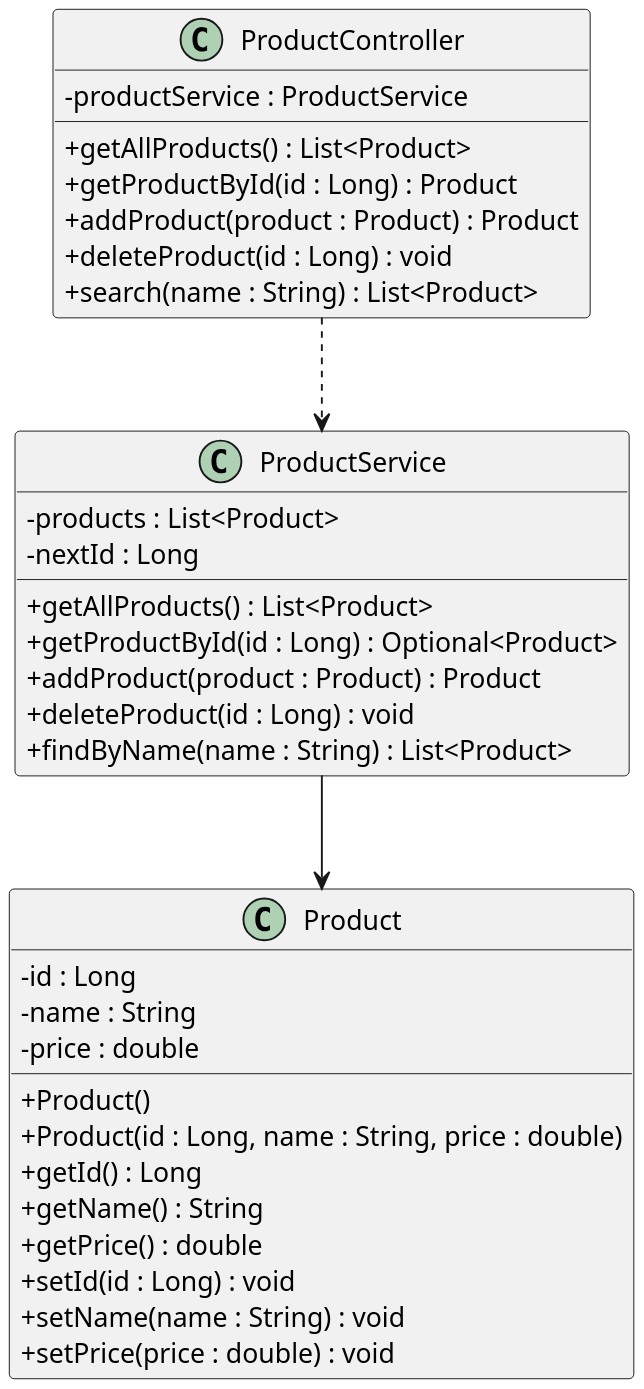
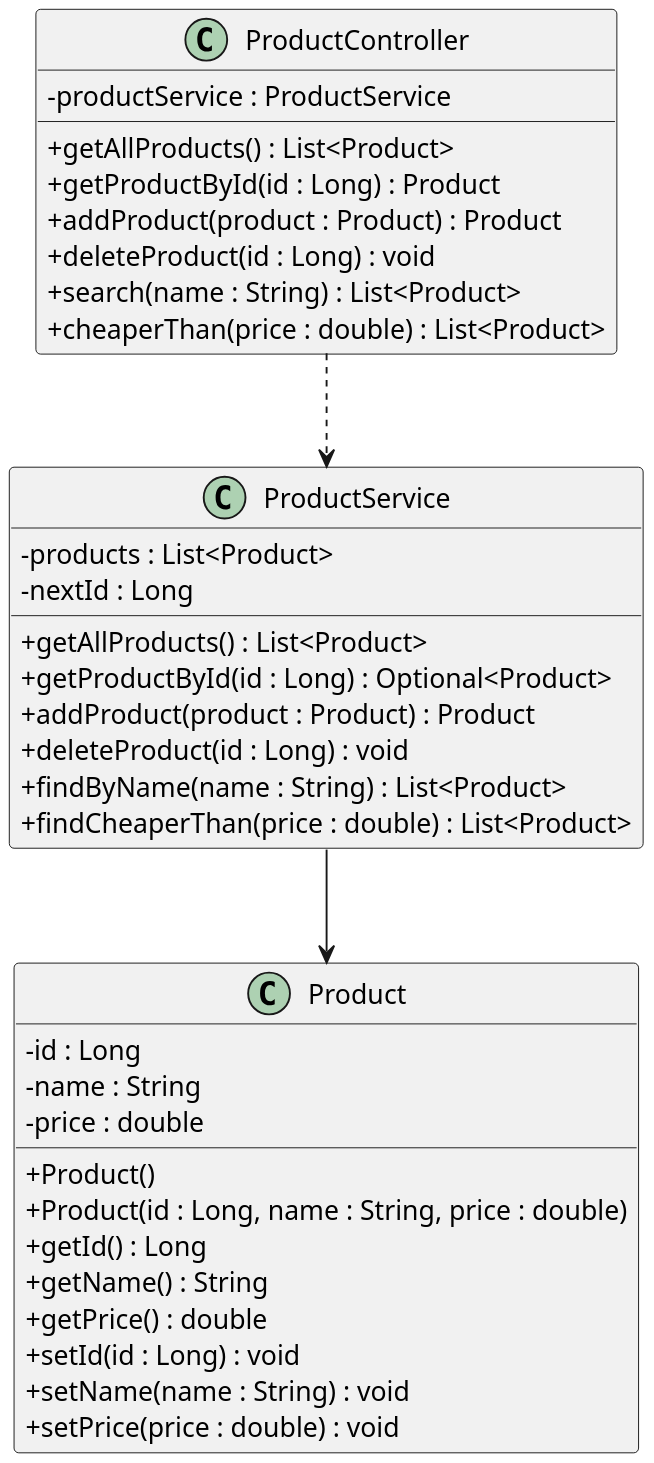
Before and after one commit to ASHENDRA2004/products-api: the diagram in docs/uml/Product.puml, drawn with PlantUML. The commit also changed 4 other files, not shown here.

Commit message:
Tutorial 3: stretch task — cheaper-than endpoint with stream filter

```diff
--- a/docs/uml/Product.puml
+++ b/docs/uml/Product.puml
@@ -1,46 +1,48 @@
 @startuml
 
 ' show - and + as text instead of icons
 skinparam classAttributeIconSize 0
 scale 2
 
 class Product {
   - id : Long
   - name : String
   - price : double
   + Product()
   + Product(id : Long, name : String, price : double)
   + getId() : Long
   + getName() : String
   + getPrice() : double
   + setId(id : Long) : void
   + setName(name : String) : void
   + setPrice(price : double) : void
 }
 
 class ProductService {
   - products : List<Product>
   - nextId : Long
   + getAllProducts() : List<Product>
   + getProductById(id : Long) : Optional<Product>
   + addProduct(product : Product) : Product
   + deleteProduct(id : Long) : void
   + findByName(name : String) : List<Product>
+  + findCheaperThan(price : double) : List<Product>
 }
 
 class ProductController {
   - productService : ProductService
   + getAllProducts() : List<Product>
   + getProductById(id : Long) : Product
   + addProduct(product : Product) : Product
   + deleteProduct(id : Long) : void
   + search(name : String) : List<Product>
+  + cheaperThan(price : double) : List<Product>
 }
 
 ' ..> is a dependency: DASHED line, open arrow
 ProductController ..> ProductService
 
 ' --> is an association: SOLID line
 ProductService --> Product
 
 @enduml
```
